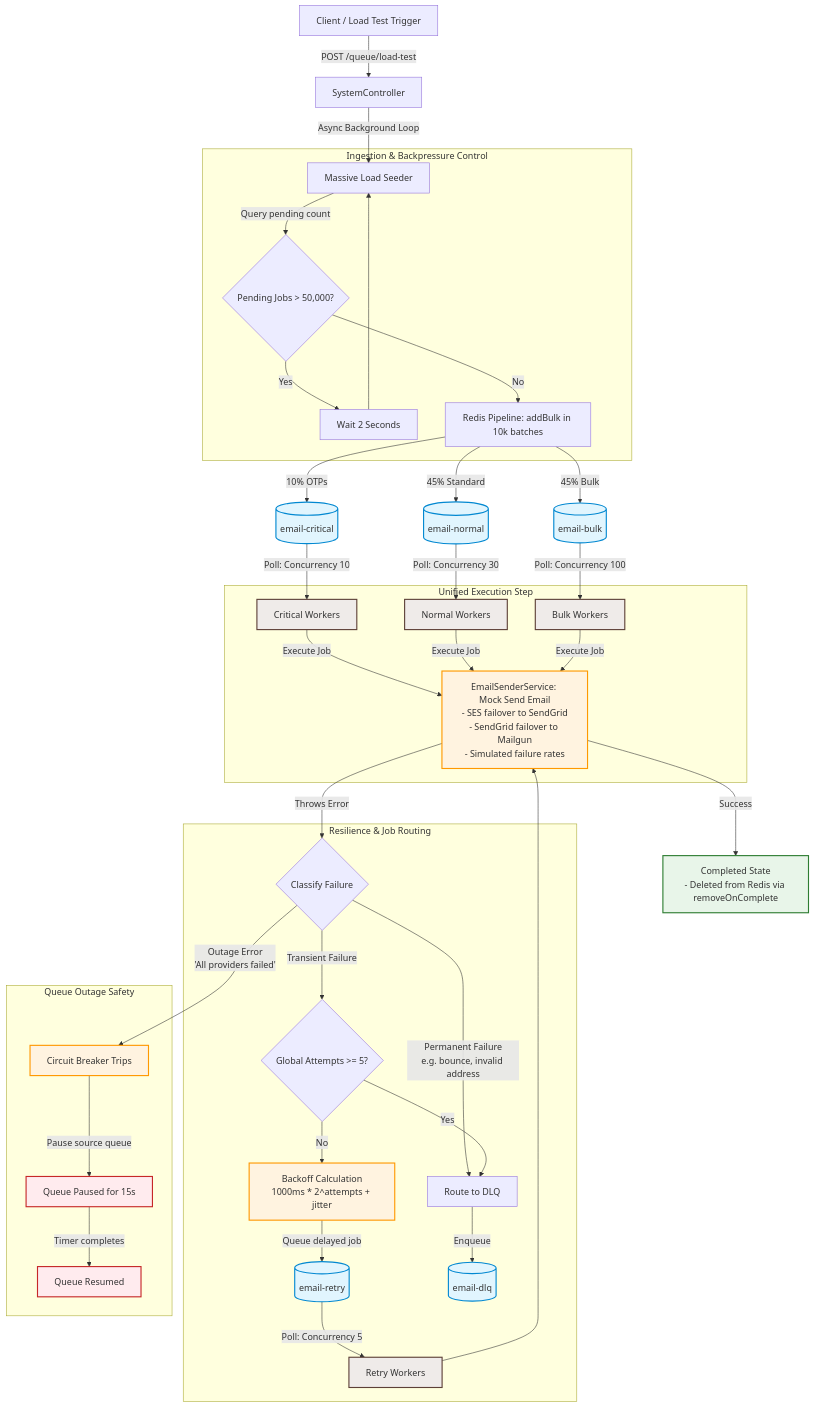
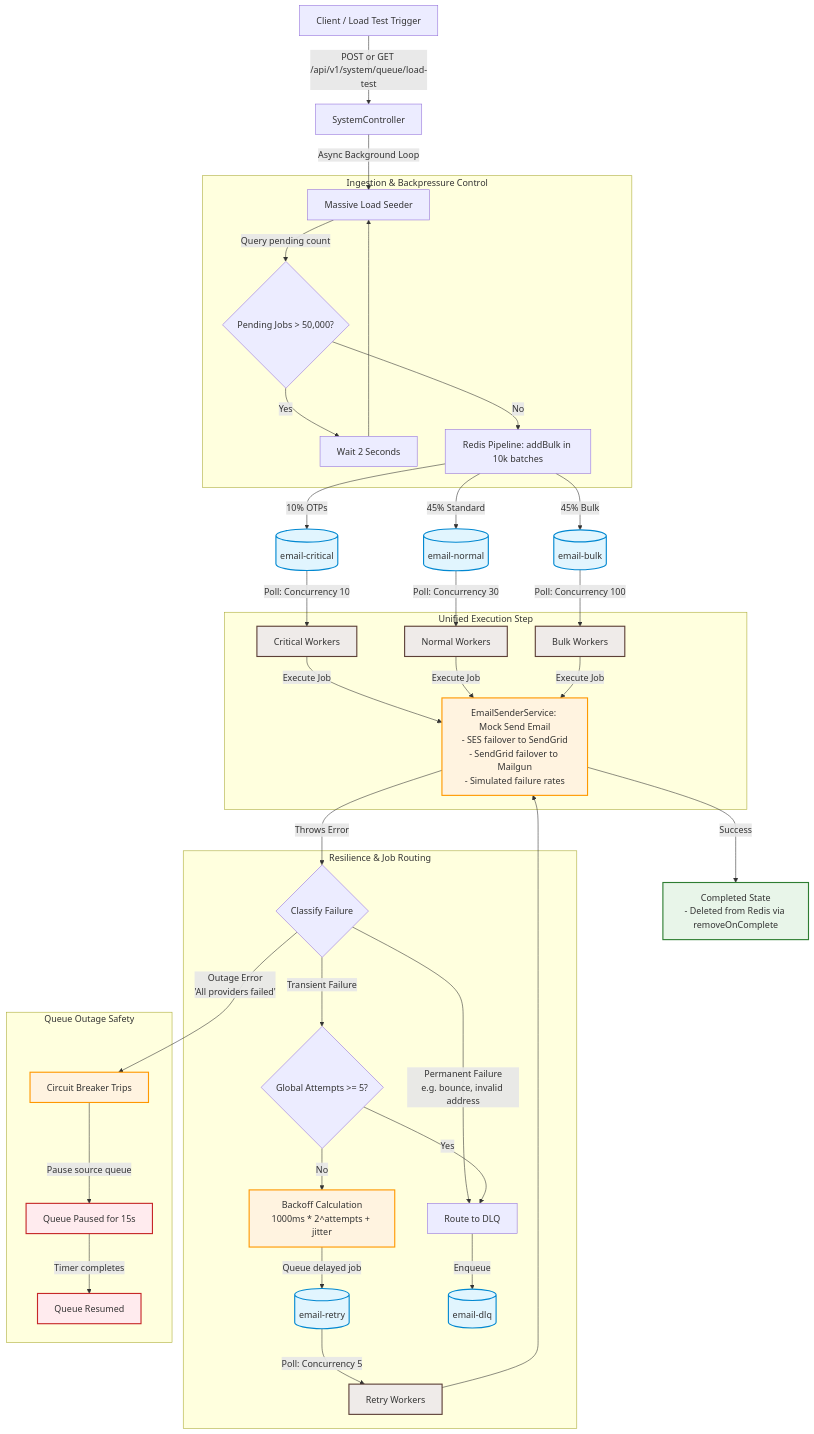
One commit to Shubham-Kashyap/Nest-prisma-template changed the diagram in queue_architecture_flow.md. Above: the diagram before and after it, drawn with Mermaid. The commit also changed 4 other files, not shown here.

Commit message:
Update ( Boilerplate ) - refactor :  queue job handeling, enhance queue system, update API routes, improve backpressure handling, and refine email job management

````diff
--- a/queue_architecture_flow.md
+++ b/queue_architecture_flow.md
@@ -11,64 +11,64 @@
 ```mermaid
 graph TD
     %% 1. INGESTION
-    Client[Client / Load Test Trigger] -->|POST /queue/load-test| Controller[SystemController]
+    Client[Client / Load Test Trigger] -->|POST or GET /api/v1/system/queue/load-test| Controller[SystemController]
     Controller -->|Async Background Loop| Seeder[Massive Load Seeder]
     
     subgraph Backpressure_Ingestion [Ingestion & Backpressure Control]
         Seeder -->|Query pending count| CheckBP{Pending Jobs > 50,000?}
         CheckBP -->|Yes| PauseSeeder[Wait 2 Seconds]
         PauseSeeder --> Seeder
         CheckBP -->|No| Pipelining[Redis Pipeline: addBulk in 10k batches]
     end
 
     %% 2. QUEUEING
     Pipelining -->|10% OTPs| QC[(email-critical)]
     Pipelining -->|45% Standard| QN[(email-normal)]
     Pipelining -->|45% Bulk| QB[(email-bulk)]
 
     %% 3. PROCESSING
     QC -->|Poll: Concurrency 10| WC[Critical Workers]
     QN -->|Poll: Concurrency 30| WN[Normal Workers]
     QB -->|Poll: Concurrency 100| WB[Bulk Workers]
 
     subgraph Service_Execution [Unified Execution Step]
         WC & WN & WB -->|Execute Job| MockEmailSend[EmailSenderService: Mock Send Email<br/>- SES failover to SendGrid<br/>- SendGrid failover to Mailgun<br/>- Simulated failure rates]
     end
 
     %% 4. OUTCOMES
     MockEmailSend -->|Success| SuccessState[Completed State<br/>- Deleted from Redis via removeOnComplete]
     MockEmailSend -->|Throws Error| ErrorClassifier{Classify Failure}
 
     subgraph Error_Routing [Resilience & Job Routing]
         ErrorClassifier -->|Permanent Failure<br/>e.g. bounce, invalid address| RouteDLQ[Route to DLQ]
         
         ErrorClassifier -->|Transient Failure| CheckAttempts{Global Attempts >= 5?}
         CheckAttempts -->|Yes| RouteDLQ
         CheckAttempts -->|No| BackoffCalc[Backoff Calculation<br/>1000ms * 2^attempts + jitter]
         
         BackoffCalc -->|Queue delayed job| QR[(email-retry)]
         QR -->|Poll: Concurrency 5| WR[Retry Workers]
         WR --> MockEmailSend
         
         RouteDLQ -->|Enqueue| QDLQ[(email-dlq)]
     end
 
     subgraph Outage_Control [Queue Outage Safety]
         ErrorClassifier -->|Outage Error<br/>'All providers failed'| CircuitBreaker[Circuit Breaker Trips]
         CircuitBreaker -->|Pause source queue| QueuePause[Queue Paused for 15s]
         QueuePause -->|Timer completes| QueueResume[Queue Resumed]
     end
 
     %% Styling
     classDef queue fill:#e1f5fe,stroke:#0288d1,stroke-width:2px;
     classDef worker fill:#efebe9,stroke:#5d4037,stroke-width:2px;
     classDef action fill:#fff3e0,stroke:#ff9800,stroke-width:2px;
     classDef success fill:#e8f5e9,stroke:#2e7d32,stroke-width:2px;
     classDef error fill:#ffebee,stroke:#c62828,stroke-width:2px;
     
     class QC,QN,QB,QR,QDLQ queue;
     class WC,WN,WB,WR worker;
     class MockEmailSend,BackoffCalc,CircuitBreaker action;
     class SuccessState success;
     class QueuePause,QueueResume error;
 ```
````
